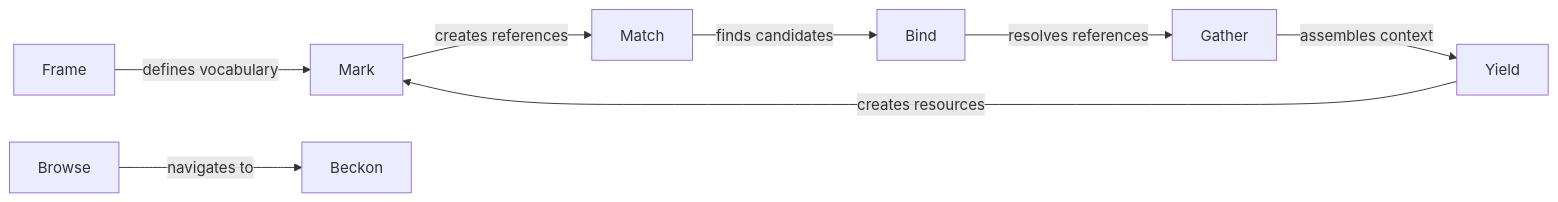
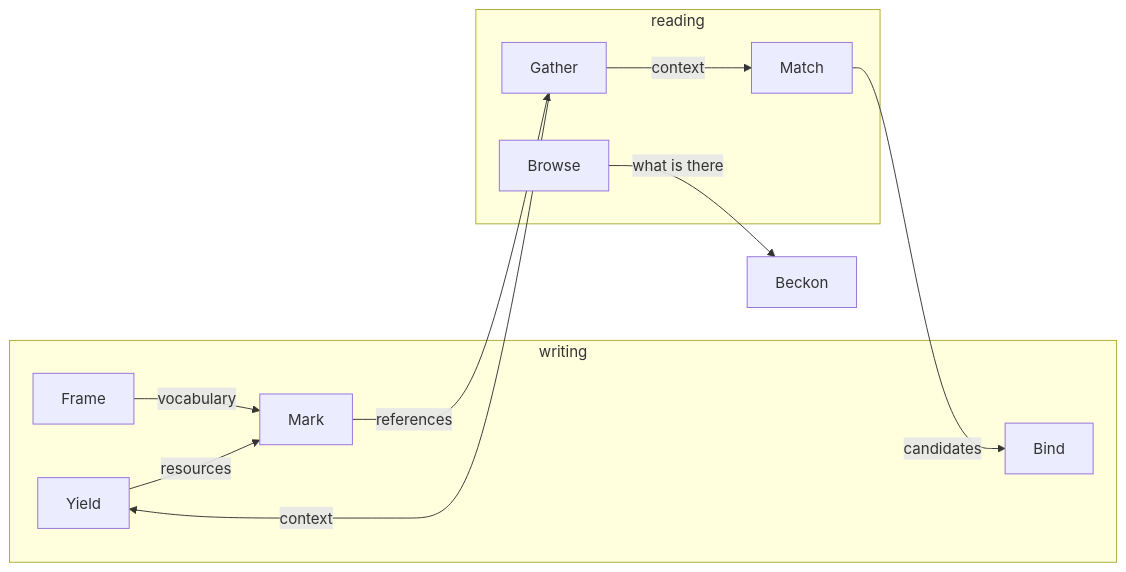
Before and after one commit to The-AI-Alliance/semiont: the diagram in docs/protocol/flows/README.md, drawn with Mermaid. The commit also changed other lines of this file and 1272 other files, not shown here.

````diff
--- a/docs/protocol/flows/README.md
+++ b/docs/protocol/flows/README.md
@@ -20,10 +32,23 @@
 ```mermaid
 graph LR
-    FRAME["Frame"] -->|defines vocabulary| MARK["Mark"]
-    YIELD["Yield"] -->|creates resources| MARK
-    MARK -->|creates references| MATCH["Match"]
-    MATCH -->|finds candidates| BIND["Bind"]
-    BIND -->|resolves references| GATHER["Gather"]
-    GATHER -->|assembles context| YIELD
-    BROWSE["Browse"] -->|navigates to| BECKON["Beckon"]
+    subgraph WRITE ["writing"]
+        YIELD["Yield"]
+        MARK["Mark"]
+        BIND["Bind"]
+        FRAME["Frame"]
+    end
+    subgraph READ ["reading"]
+        BROWSE["Browse"]
+        MATCH["Match"]
+        GATHER["Gather"]
+    end
+    BECKON["Beckon"]
+
+    FRAME -->|vocabulary| MARK
+    YIELD -->|resources| MARK
+    MARK -->|references| GATHER
+    GATHER -->|context| MATCH
+    MATCH -->|candidates| BIND
+    GATHER -->|context| YIELD
+    BROWSE -->|what is there| BECKON
 ```
````
